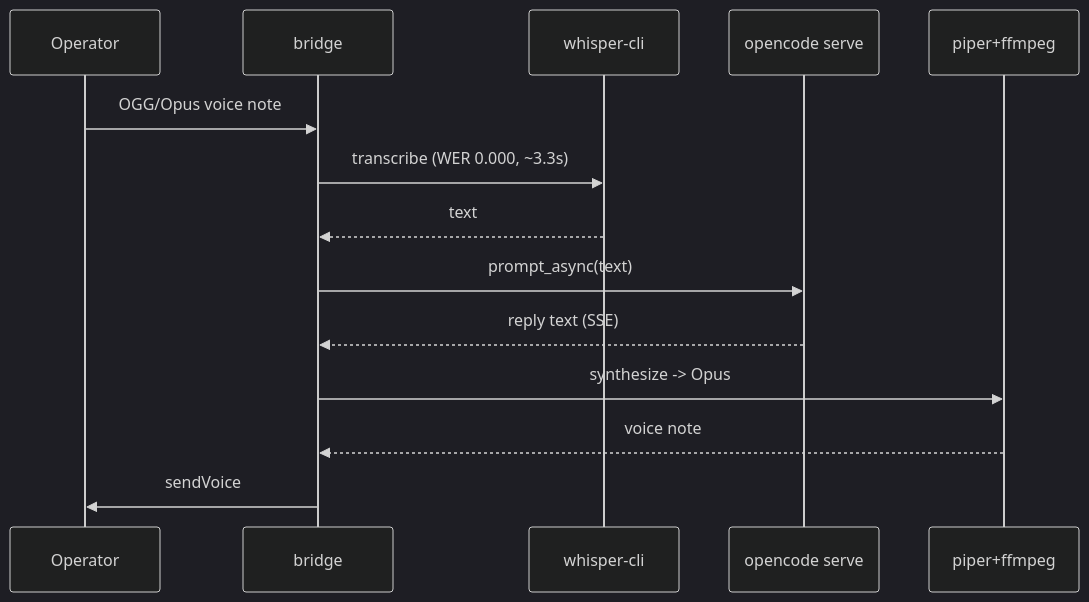
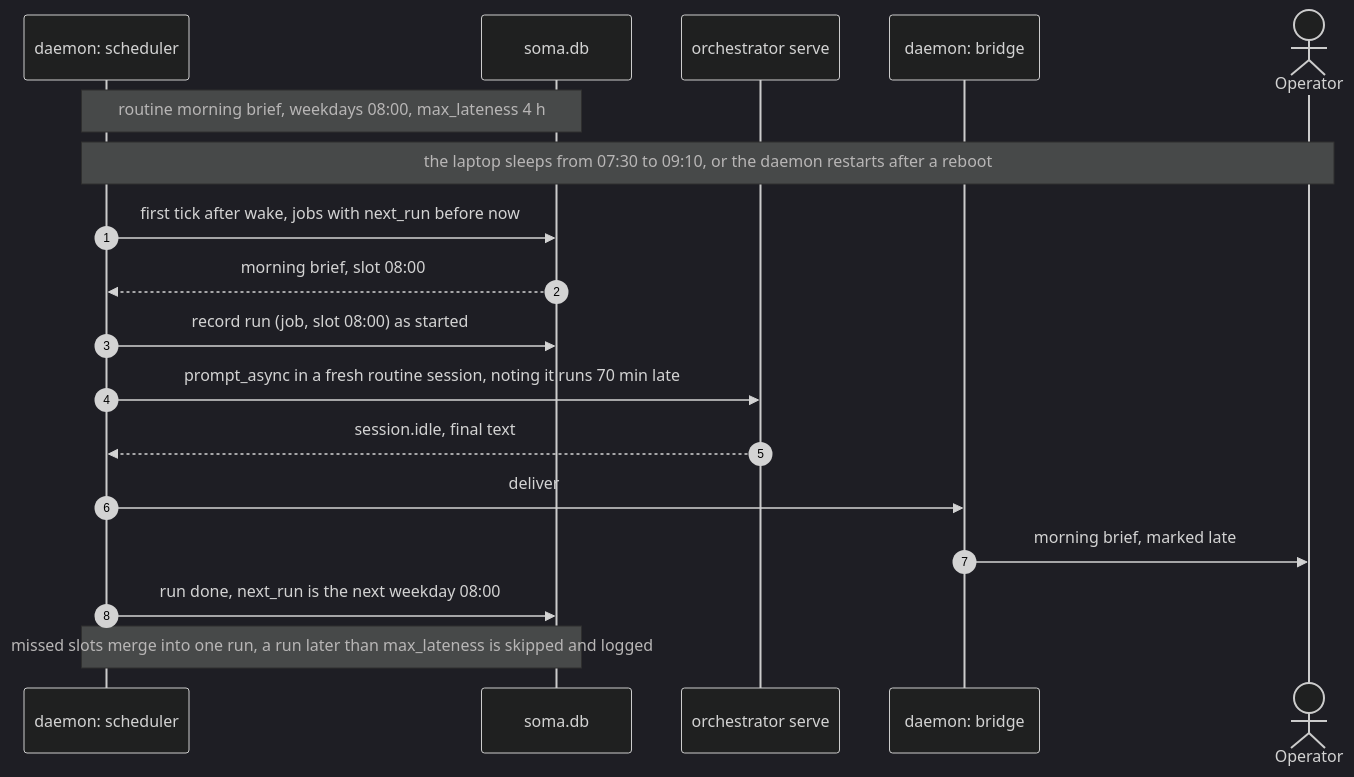
Before and after one commit to techfreakworm/claude-soma: the fourth of 5 diagrams in research/opencode-soma/ARCHITECTURE.md, drawn with Mermaid (dark theme). The commit also changed other lines of this file, not shown here.

````diff
--- a/research/opencode-soma/ARCHITECTURE.md
+++ b/research/opencode-soma/ARCHITECTURE.md
@@ -117,16 +433,20 @@
 ```mermaid
 sequenceDiagram
-  participant U as Operator
-  participant B as bridge
-  participant W as whisper-cli
-  participant O as opencode serve
-  participant P as piper+ffmpeg
-  U->>B: OGG/Opus voice note
-  B->>W: transcribe (WER 0.000, ~3.3s)
-  W-->>B: text
-  B->>O: prompt_async(text)
-  O-->>B: reply text (SSE)
-  B->>P: synthesize -> Opus
-  P-->>B: voice note
-  B->>U: sendVoice
+    autonumber
+    participant SC as daemon: scheduler
+    participant DB as soma.db
+    participant O as orchestrator serve
+    participant B as daemon: bridge
+    actor U as Operator
+    Note over SC,DB: routine morning brief, weekdays 08:00, max_lateness 4 h
+    Note over SC,U: the laptop sleeps from 07:30 to 09:10, or the daemon restarts after a reboot
+    SC->>DB: first tick after wake, jobs with next_run before now
+    DB-->>SC: morning brief, slot 08:00
+    SC->>DB: record run (job, slot 08:00) as started
+    SC->>O: prompt_async in a fresh routine session, noting it runs 70 min late
+    O-->>SC: session.idle, final text
+    SC->>B: deliver
+    B->>U: morning brief, marked late
+    SC->>DB: run done, next_run is the next weekday 08:00
+    Note over SC,DB: missed slots merge into one run, a run later than max_lateness is skipped and logged
 ```
````
